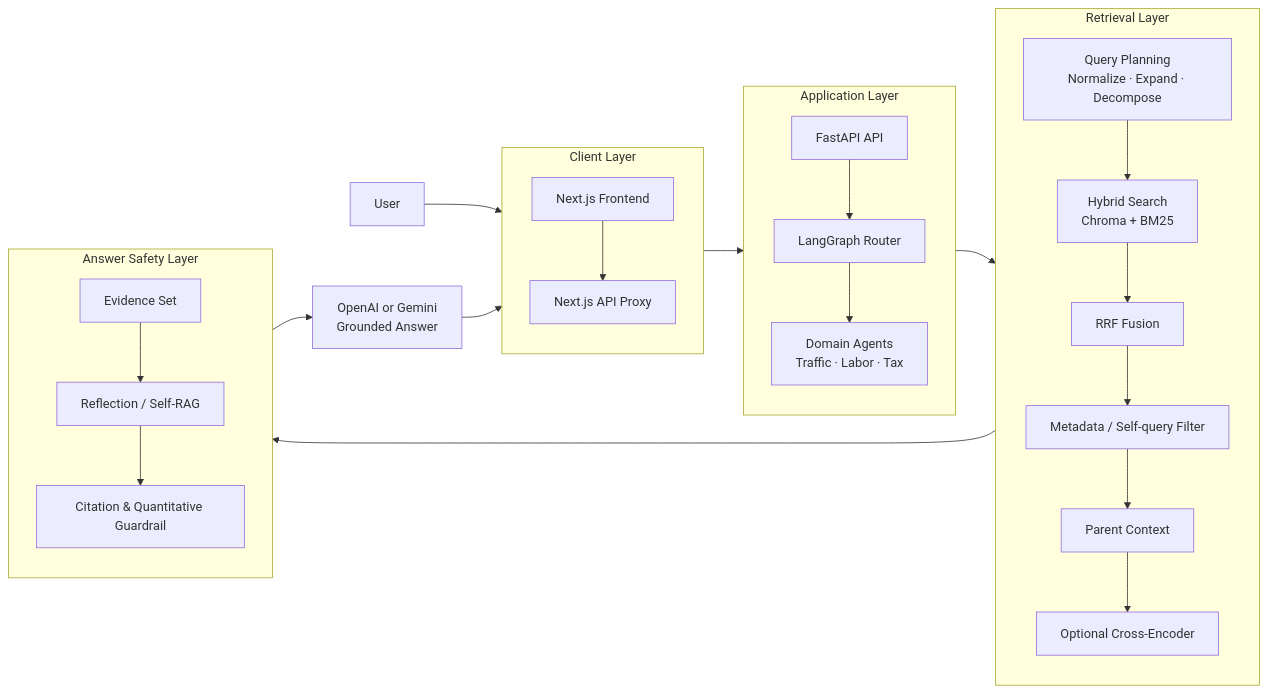
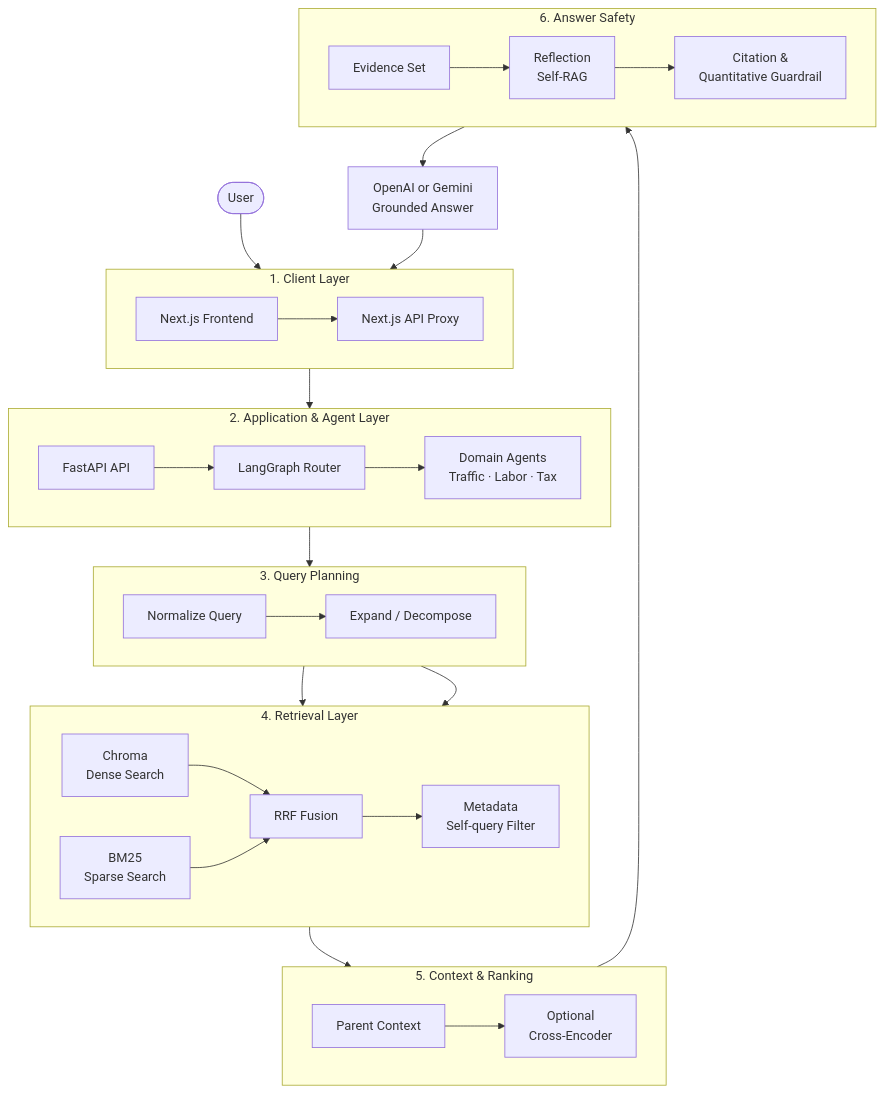
One commit to minhtangithu0b123/Trust-Agent changed the first of 2 diagrams in README.md. Above: the diagram before and after it, drawn with Mermaid.

Commit message:
docs: switch architecture diagram to vertical layout

````diff
--- a/README.md
+++ b/README.md
@@ -94,45 +94,52 @@
 ```mermaid
-flowchart LR
-    U[User] --> FE
+flowchart TD
+    U([User])
 
-    subgraph CLIENT[Client Layer]
-        direction TB
-        FE[Next.js Frontend]
-        PROXY[Next.js API Proxy]
-        FE --> PROXY
+    subgraph CLIENT[1. Client Layer]
+        direction LR
+        FE[Next.js Frontend] --> PROXY[Next.js API Proxy]
     end
 
-    subgraph ORCH[Application Layer]
-        direction TB
-        API[FastAPI API]
-        ROUTER[LangGraph Router]
-        AGENTS[Domain Agents<br/>Traffic · Labor · Tax]
-        API --> ROUTER --> AGENTS
+    subgraph ORCH[2. Application & Agent Layer]
+        direction LR
+        API[FastAPI API] --> ROUTER[LangGraph Router] --> AGENTS[Domain Agents<br/>Traffic · Labor · Tax]
     end
 
-    subgraph RETRIEVAL[Retrieval Layer]
-        direction TB
-        QUERY[Query Planning<br/>Normalize · Expand · Decompose]
-        SEARCH[Hybrid Search<br/>Chroma + BM25]
-        FUSE[RRF Fusion]
-        FILTER[Metadata / Self-query Filter]
-        CONTEXT[Parent Context]
-        RERANK[Optional Cross-Encoder]
-        QUERY --> SEARCH --> FUSE --> FILTER --> CONTEXT --> RERANK
+    subgraph PLAN[3. Query Planning]
+        direction LR
+        NORMALIZE[Normalize Query] --> EXPAND[Expand / Decompose]
     end
 
-    subgraph VERIFY[Answer Safety Layer]
-        direction TB
-        EVIDENCE[Evidence Set]
-        REFLECT[Reflection / Self-RAG]
-        GUARD[Citation & Quantitative Guardrail]
-        EVIDENCE --> REFLECT --> GUARD
+    subgraph RETRIEVAL[4. Retrieval Layer]
+        direction LR
+        DENSE[Chroma<br/>Dense Search]
+        SPARSE[BM25<br/>Sparse Search]
+        RRF[RRF Fusion]
+        FILTER[Metadata<br/>Self-query Filter]
+        DENSE --> RRF
+        SPARSE --> RRF
+        RRF --> FILTER
+    end
+
+    subgraph CONTEXT[5. Context & Ranking]
+        direction LR
+        PARENT[Parent Context] --> RERANK[Optional<br/>Cross-Encoder]
+    end
+
+    subgraph SAFETY[6. Answer Safety]
+        direction LR
+        EVIDENCE[Evidence Set] --> REFLECT[Reflection<br/>Self-RAG] --> GUARD[Citation &<br/>Quantitative Guardrail]
     end
 
     MODEL[OpenAI or Gemini<br/>Grounded Answer]
 
+    U --> FE
     PROXY --> API
-    AGENTS --> QUERY
+    AGENTS --> NORMALIZE
+    EXPAND --> DENSE
+    EXPAND --> SPARSE
+    FILTER --> PARENT
     RERANK --> EVIDENCE
-    GUARD --> MODEL --> PROXY
+    GUARD --> MODEL
+    MODEL --> PROXY
 ```
````
